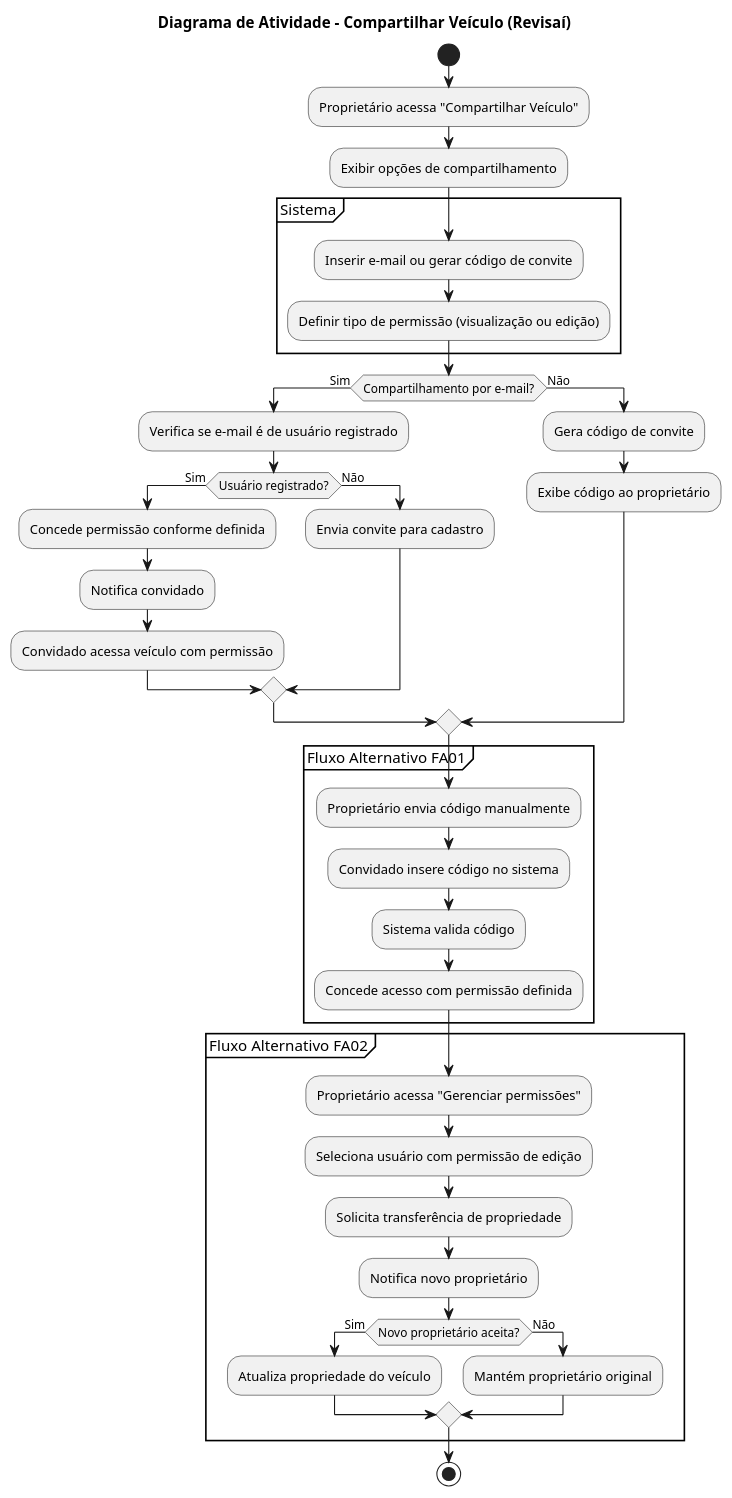
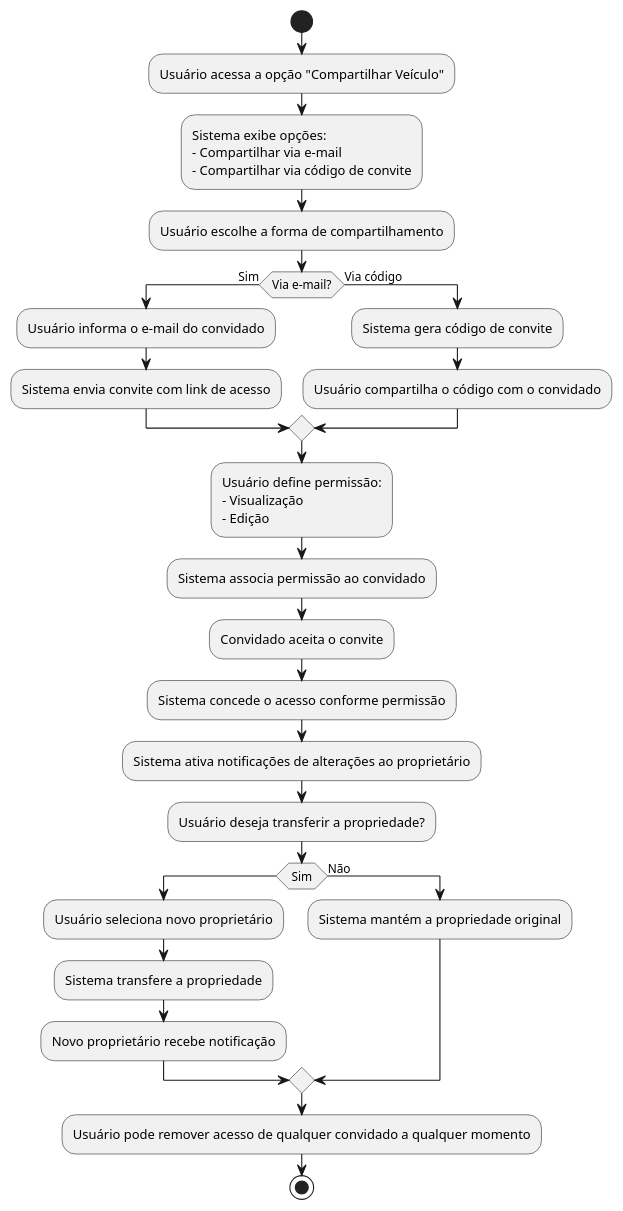
The diagram in modelos/UC_Compartilhar_Veículo.md (adsifs/2025.1_AOO_AV), drawn with PlantUML before and after one commit. The commit also changed other lines of this file, not shown here.

````diff
--- a/modelos/UC_Compartilhar_Veículo.md
+++ b/modelos/UC_Compartilhar_Veículo.md
@@ -3,50 +11,47 @@
 ```puml
 @startuml
 start
-title Diagrama de Atividade - Compartilhar Veículo (Revisaí)
 
-:Proprietário acessa "Compartilhar Veículo";
+:Usuário acessa a opção "Compartilhar Veículo";
 
-:Exibir opções de compartilhamento;
-partition "Sistema" {
-  :Inserir e-mail ou gerar código de convite;
-  :Definir tipo de permissão (visualização ou edição);
-}
+:Sistema exibe opções:
+- Compartilhar via e-mail
+- Compartilhar via código de convite;
 
-if (Compartilhamento por e-mail?) then (Sim)
-  :Verifica se e-mail é de usuário registrado;
-  if (Usuário registrado?) then (Sim)
-    :Concede permissão conforme definida;
-    :Notifica convidado;
-    :Convidado acessa veículo com permissão;
-  else (Não)
-    :Envia convite para cadastro;
-  endif
-else (Não)
-  :Gera código de convite;
-  :Exibe código ao proprietário;
+:Usuário escolhe a forma de compartilhamento;
+
+if (Via e-mail?) then (Sim)
+  :Usuário informa o e-mail do convidado;
+  :Sistema envia convite com link de acesso;
+else (Via código)
+  :Sistema gera código de convite;
+  :Usuário compartilha o código com o convidado;
 endif
 
-partition "Fluxo Alternativo FA01" {
-  :Proprietário envia código manualmente;
-  :Convidado insere código no sistema;
-  :Sistema valida código;
-  :Concede acesso com permissão definida;
-}
+:Usuário define permissão:
+- Visualização
+- Edição;
 
-partition "Fluxo Alternativo FA02" {
-  :Proprietário acessa "Gerenciar permissões";
-  :Seleciona usuário com permissão de edição;
-  :Solicita transferência de propriedade;
-  :Notifica novo proprietário;
+:Sistema associa permissão ao convidado;
 
-  if (Novo proprietário aceita?) then (Sim)
-    :Atualiza propriedade do veículo;
-  else (Não)
-    :Mantém proprietário original;
-  endif
-}
+:Convidado aceita o convite;
+
+:Sistema concede o acesso conforme permissão;
+
+:Sistema ativa notificações de alterações ao proprietário;
+
+:Usuário deseja transferir a propriedade?;
+
+if (Sim)
+  :Usuário seleciona novo proprietário;
+  :Sistema transfere a propriedade;
+  :Novo proprietário recebe notificação;
+else (Não)
+  :Sistema mantém a propriedade original;
+endif
+
+:Usuário pode remover acesso de qualquer convidado a qualquer momento;
 
 stop
 @enduml
 ```
````
